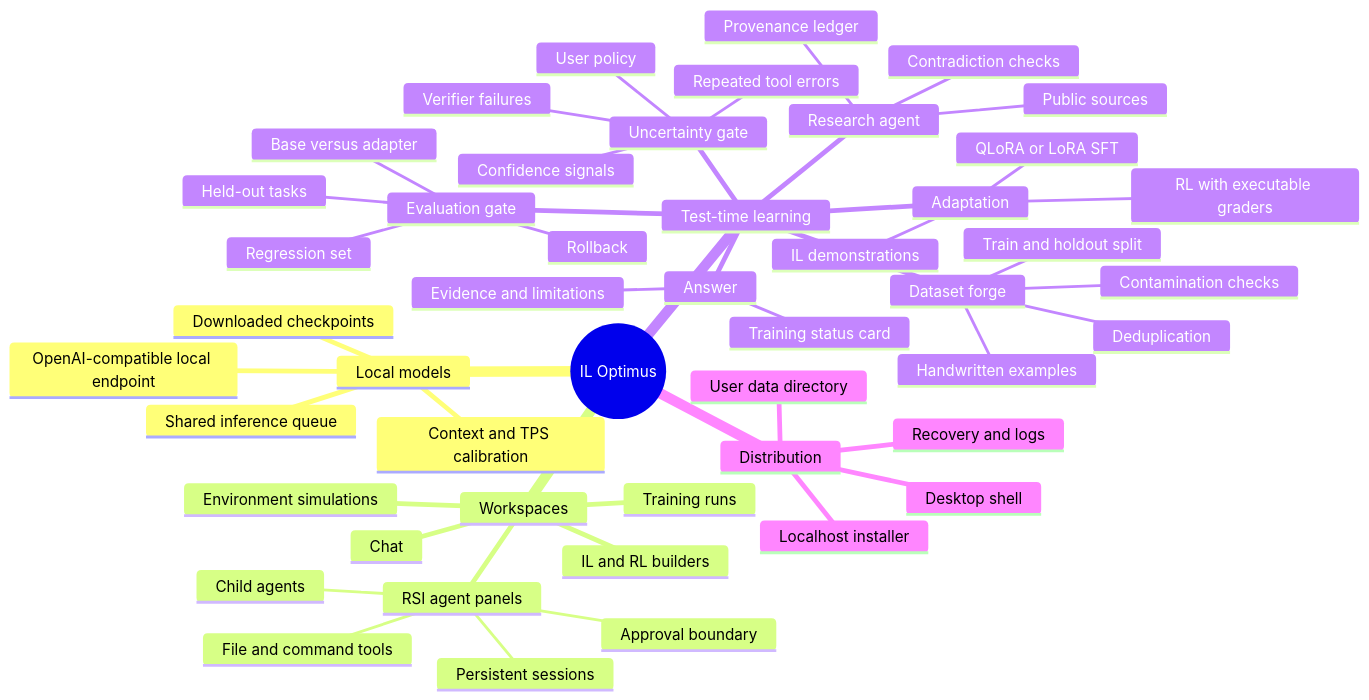
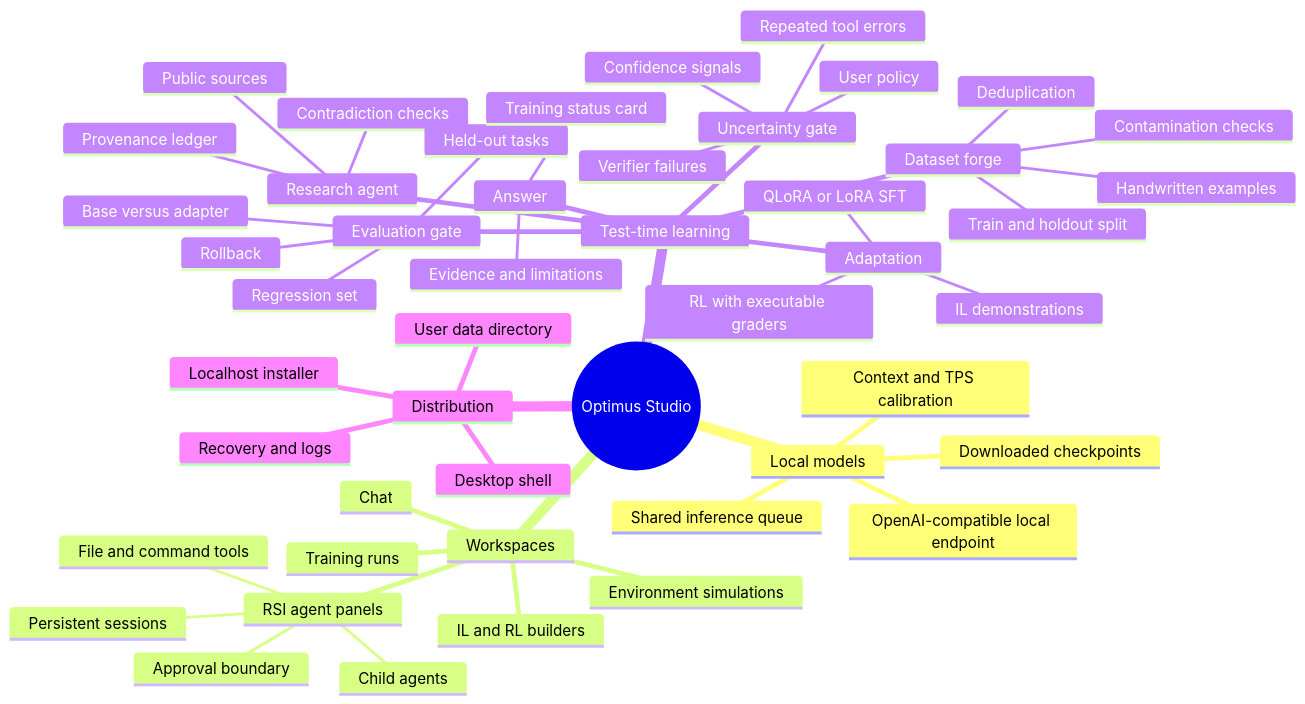
The first of 2 diagrams in docs/RSI_ROADMAP.md (Vaskrokodile/iloptimus), drawn with Mermaid before and after one commit. The commit also changed other lines of this file and 30 other files, not shown here.

First line of the commit message:
Rename to Optimus Studio: full local harness for open-source models (IL + PQLoRA)

````diff
--- a/docs/RSI_ROADMAP.md
+++ b/docs/RSI_ROADMAP.md
@@ -11,51 +11,51 @@
 ```mermaid
 mindmap
-  root((IL Optimus))
+  root((Optimus Studio))
     Local models
       Downloaded checkpoints
       Shared inference queue
       Context and TPS calibration
       OpenAI-compatible local endpoint
     Workspaces
       Chat
       RSI agent panels
         Persistent sessions
         File and command tools
         Child agents
         Approval boundary
       Training runs
       IL and RL builders
       Environment simulations
     Test-time learning
       Uncertainty gate
         Confidence signals
         Verifier failures
         Repeated tool errors
         User policy
       Research agent
         Public sources
         Provenance ledger
         Contradiction checks
       Dataset forge
         Handwritten examples
         Deduplication
         Contamination checks
         Train and holdout split
       Adaptation
         QLoRA or LoRA SFT
         IL demonstrations
         RL with executable graders
       Evaluation gate
         Base versus adapter
         Held-out tasks
         Regression set
         Rollback
       Answer
         Training status card
         Evidence and limitations
     Distribution
       Localhost installer
       Desktop shell
       User data directory
       Recovery and logs
 ```
````
